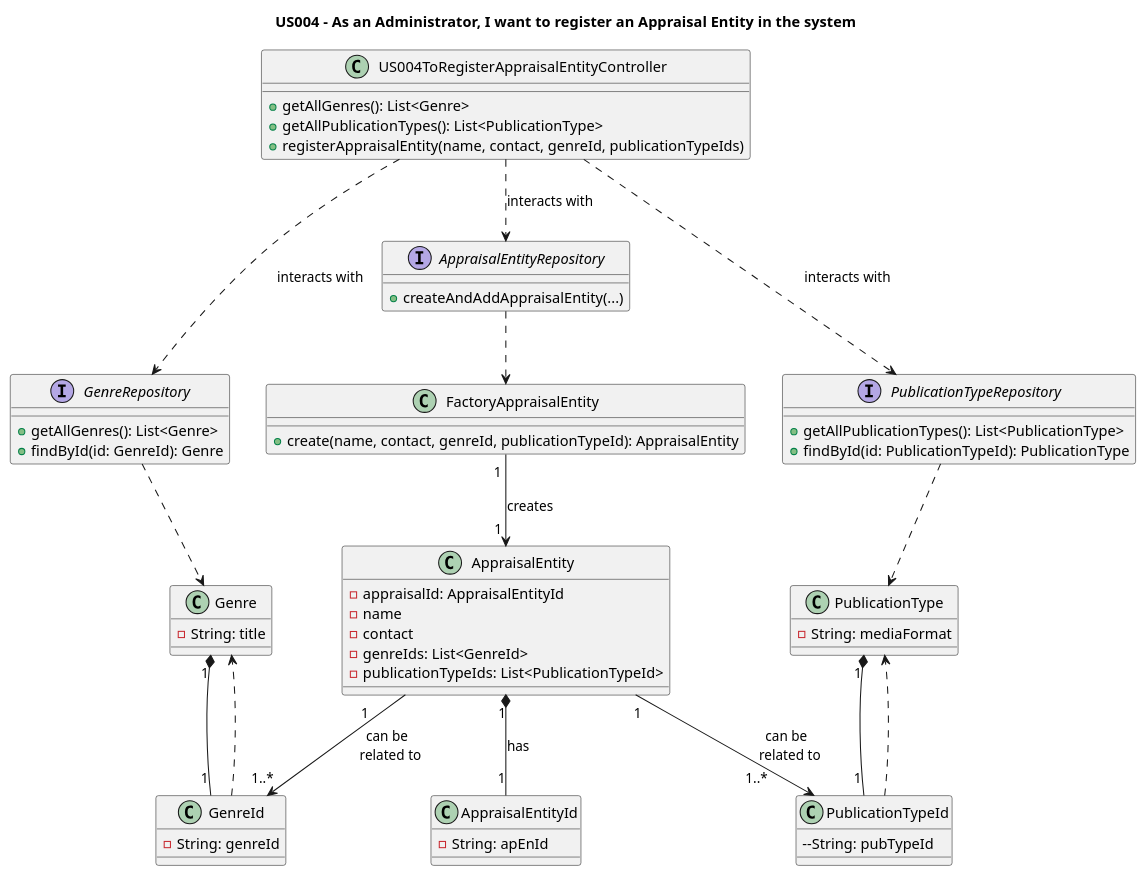
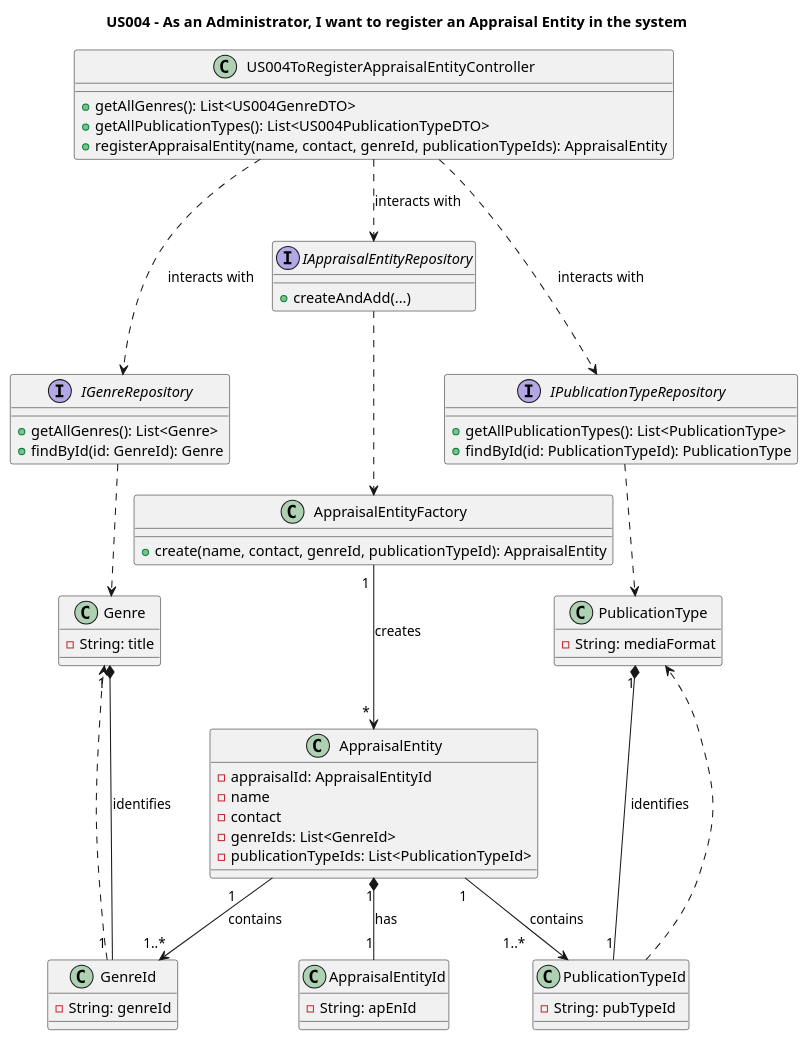
The diagram in Diagrams/ClassDiagrams/US004-to-register-an-appraisal-entity.puml (AndrePereiraGitH/SWitCH-Project-Team_A), drawn with PlantUML before and after one commit. The commit also changed 8 other files, not shown here.

Commit message:
fix #431: update US004 diagrams to reflect DTO with id and controller responsibility

```diff
--- a/Diagrams/ClassDiagrams/US004-to-register-an-appraisal-entity.puml
+++ b/Diagrams/ClassDiagrams/US004-to-register-an-appraisal-entity.puml
@@ -1,113 +1,113 @@
 @startuml
 title US004 - As an Administrator, I want to register an Appraisal Entity in the system
 
 ' ========================
 ' UI + APPLICATION LAYER
 ' ========================
 
 class US004ToRegisterAppraisalEntityController {
-  +getAllGenres(): List<Genre>
-  +getAllPublicationTypes(): List<PublicationType>
-  +registerAppraisalEntity(name, contact, genreId, publicationTypeIds)
+  +getAllGenres(): List<US004GenreDTO>
+  +getAllPublicationTypes(): List<US004PublicationTypeDTO>
+  +registerAppraisalEntity(name, contact, genreId, publicationTypeIds): AppraisalEntity
 }
 
 
 ' ========================
 ' DOMAIN LAYER
 ' ========================
 
 ' -------- Aggregate Root --------
 class AppraisalEntity {
   -appraisalId: AppraisalEntityId
   -name
   -contact
   -genreIds: List<GenreId>
   -publicationTypeIds: List<PublicationTypeId>
 }
 
 class AppraisalEntityId {
   -String: apEnId
 }
 
 AppraisalEntity "1" *-- "1" AppraisalEntityId : has
 
 
 ' -------- Genre --------
 class Genre {
   -String: title
 }
 
 class GenreId {
   -String: genreId
 }
 
-Genre "1" *-- "1" GenreId
+Genre "   1 " *--- "        1 " GenreId : identifies
 
 
 ' -------- PublicationType --------
 class PublicationType {
   -String: mediaFormat
 }
 
 class PublicationTypeId {
-  --String: pubTypeId
+  -String: pubTypeId
 }
 
-PublicationType "1" *-- "1" PublicationTypeId
+PublicationType "1" *--- "1" PublicationTypeId : identifies
 
 
 ' ========================
 ' INTERACTIONS
 ' ========================
 
-AppraisalEntity "    1       " --> "      1..*" GenreId : can be \n related to
-AppraisalEntity "1  " --> "  1..*        " PublicationTypeId : can be \n related to
+AppraisalEntity "    1       " --> "      1..*" GenreId : contains
+AppraisalEntity "1  " --> "  1..*        " PublicationTypeId : contains
 
 GenreId ..> Genre
 PublicationTypeId ..> PublicationType
 
 
 ' ========================
 ' REPOSITORIES
 ' ========================
 
-interface GenreRepository {
+interface IGenreRepository {
   +getAllGenres(): List<Genre>
   +findById(id: GenreId): Genre
 }
 
-interface PublicationTypeRepository {
+interface IPublicationTypeRepository {
   +getAllPublicationTypes(): List<PublicationType>
   +findById(id: PublicationTypeId): PublicationType
 }
 
-interface AppraisalEntityRepository {
-  +createAndAddAppraisalEntity(...)
+interface IAppraisalEntityRepository {
+  +createAndAdd(...)
 }
 
 
-GenreRepository ..> Genre
-PublicationTypeRepository ..> PublicationType
-AppraisalEntityRepository ..> FactoryAppraisalEntity
+IGenreRepository ..> Genre
+IPublicationTypeRepository ..> PublicationType
+IAppraisalEntityRepository ..> AppraisalEntityFactory
 
 
 ' ========================
 ' FACTORY
 ' ========================
 
-class FactoryAppraisalEntity {
+class AppraisalEntityFactory {
   +create(name, contact, genreId, publicationTypeId): AppraisalEntity
 }
 
-FactoryAppraisalEntity "   1 " --> "  1 " AppraisalEntity : creates
+AppraisalEntityFactory "   1 " --> "  * " AppraisalEntity : creates
 
 
 ' ========================
 ' DEPENDENCIES
 ' ========================
 
-US004ToRegisterAppraisalEntityController ...> GenreRepository : interacts with
-US004ToRegisterAppraisalEntityController ...> PublicationTypeRepository : interacts with
-US004ToRegisterAppraisalEntityController ..> AppraisalEntityRepository : interacts with
+US004ToRegisterAppraisalEntityController ...> IGenreRepository : interacts with
+US004ToRegisterAppraisalEntityController ...> IPublicationTypeRepository : interacts with
+US004ToRegisterAppraisalEntityController ..> IAppraisalEntityRepository : interacts with
 
 @enduml
```
